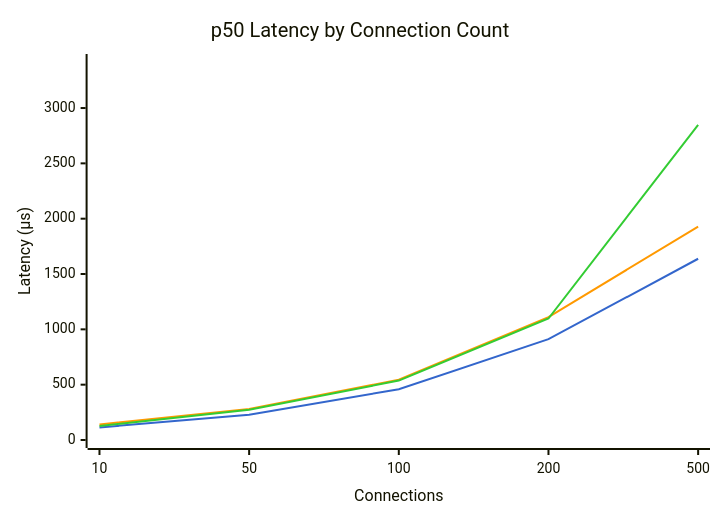
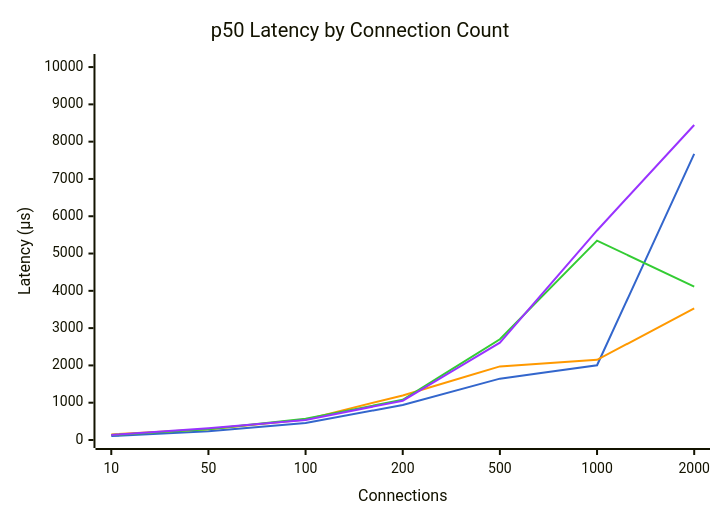
The fourth of 6 diagrams in docs/Bench/Azure/Standard_D2s_v5.md (youyuanwu/bypass-misc), drawn with Mermaid before and after one commit. The commit also changed other lines of this file and 15 other files, not shown here.

````diff
--- a/docs/Bench/Azure/Standard_D2s_v5.md
+++ b/docs/Bench/Azure/Standard_D2s_v5.md
@@ -91,15 +107,16 @@
 ```mermaid
 ---
 config:
     themeVariables:
         xyChart:
-            plotColorPalette: "#3366cc, #ff9900, #33cc33"
+            plotColorPalette: "#3366cc, #ff9900, #33cc33, #9933ff"
 ---
 xychart-beta
     title "p50 Latency by Connection Count"
-    x-axis "Connections" [10, 50, 100, 200, 500]
-    y-axis "Latency (μs)" 0 --> 3416
-    line "dpdk" [114, 229, 458, 911, 1638]
-    line "tokio" [140, 281, 545, 1111, 1929]
-    line "tokio-local" [126, 274, 537, 1098, 2847]
+    x-axis "Connections" [10, 50, 100, 200, 500, 1000, 2000]
+    y-axis "Latency (μs)" 0 --> 10136
+    line "dpdk" [105, 235, 455, 939, 1645, 2004, 7671]
+    line "tokio" [148, 288, 547, 1195, 1974, 2149, 3527]
+    line "tokio-local" [133, 289, 567, 1079, 2701, 5347, 4115]
+    line "kimojio" [135, 318, 538, 1054, 2611, 5619, 8447]
 ```
````
